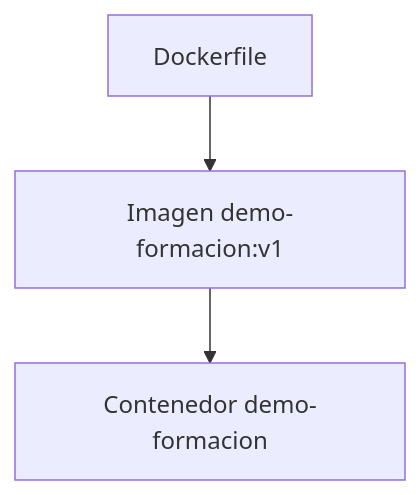
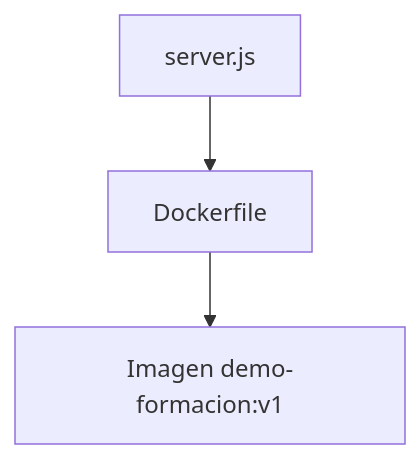
The second of 6 diagrams in docs/sesion1/1.8-practica-imagen-cluster-completo.md (ieftraining/curso-openshift), drawn with Mermaid before and after one commit. The commit also changed other lines of this file, not shown here.

````diff
--- a/docs/sesion1/1.8-practica-imagen-cluster-completo.md
+++ b/docs/sesion1/1.8-practica-imagen-cluster-completo.md
@@ -97,6 +113,6 @@
 ```mermaid
 flowchart TD
-    A[Dockerfile]
-    --> B[Imagen demo-formacion:v1]
-    --> C[Contenedor demo-formacion]
+    A[server.js]
+    --> B[Dockerfile]
+    --> C[Imagen demo-formacion:v1]
 ```
````
